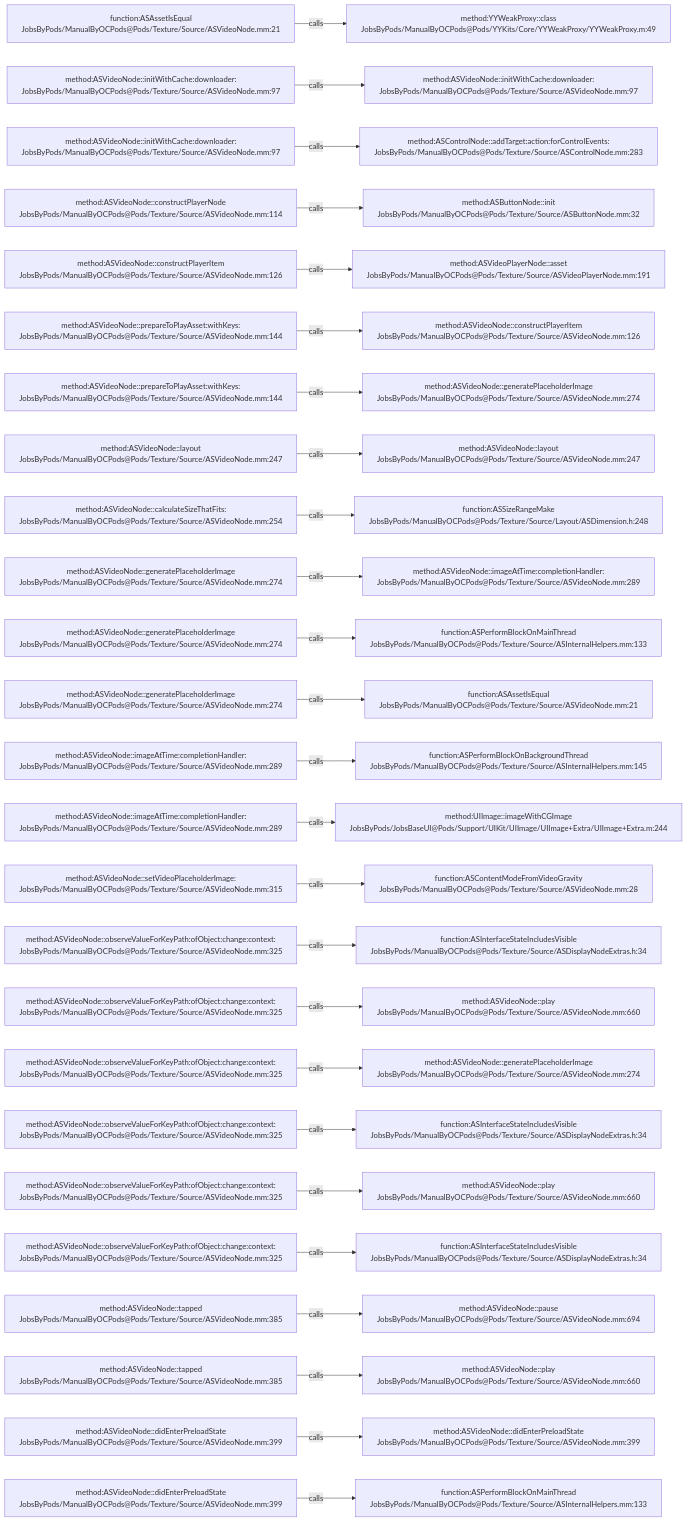
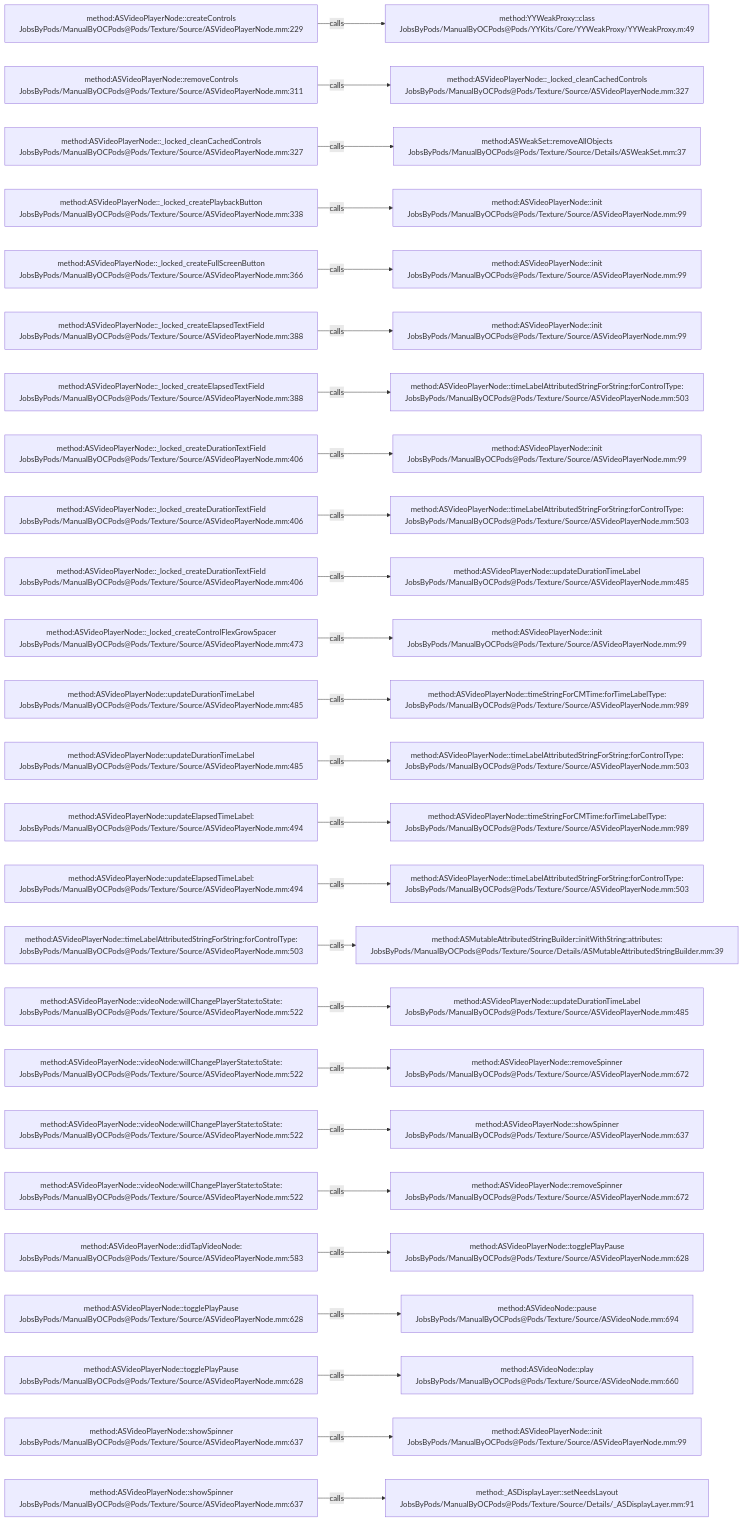
The diagram in .codegraph/codegraph.md/graphs/calls-144.md (JobsKits/JobsOCBaseConfigDemo), drawn with Mermaid before and after one commit. The commit also changed 1353 other files, not shown here.

````diff
--- a/.codegraph/codegraph.md/graphs/calls-144.md
+++ b/.codegraph/codegraph.md/graphs/calls-144.md
@@ -13,78 +13,78 @@
 ```mermaid
 flowchart LR
-  S1["function:ASAssetIsEqual<br/>JobsByPods/ManualByOCPods@Pods/Texture/Source/ASVideoNode.mm:21"]
+  S1["method:ASVideoPlayerNode::createControls<br/>JobsByPods/ManualByOCPods@Pods/Texture/Source/ASVideoPlayerNode.mm:229"]
   T1["method:YYWeakProxy::class<br/>JobsByPods/ManualByOCPods@Pods/YYKits/Core/YYWeakProxy/YYWeakProxy.m:49"]
   S1 -->|calls| T1
-  S2["method:ASVideoNode::initWithCache:downloader:<br/>JobsByPods/ManualByOCPods@Pods/Texture/Source/ASVideoNode.mm:97"]
-  T2["method:ASVideoNode::initWithCache:downloader:<br/>JobsByPods/ManualByOCPods@Pods/Texture/Source/ASVideoNode.mm:97"]
+  S2["method:ASVideoPlayerNode::removeControls<br/>JobsByPods/ManualByOCPods@Pods/Texture/Source/ASVideoPlayerNode.mm:311"]
+  T2["method:ASVideoPlayerNode::_locked_cleanCachedControls<br/>JobsByPods/ManualByOCPods@Pods/Texture/Source/ASVideoPlayerNode.mm:327"]
   S2 -->|calls| T2
-  S3["method:ASVideoNode::initWithCache:downloader:<br/>JobsByPods/ManualByOCPods@Pods/Texture/Source/ASVideoNode.mm:97"]
-  T3["method:ASControlNode::addTarget:action:forControlEvents:<br/>JobsByPods/ManualByOCPods@Pods/Texture/Source/ASControlNode.mm:283"]
+  S3["method:ASVideoPlayerNode::_locked_cleanCachedControls<br/>JobsByPods/ManualByOCPods@Pods/Texture/Source/ASVideoPlayerNode.mm:327"]
+  T3["method:ASWeakSet::removeAllObjects<br/>JobsByPods/ManualByOCPods@Pods/Texture/Source/Details/ASWeakSet.mm:37"]
   S3 -->|calls| T3
-  S4["method:ASVideoNode::constructPlayerNode<br/>JobsByPods/ManualByOCPods@Pods/Texture/Source/ASVideoNode.mm:114"]
-  T4["method:ASButtonNode::init<br/>JobsByPods/ManualByOCPods@Pods/Texture/Source/ASButtonNode.mm:32"]
+  S4["method:ASVideoPlayerNode::_locked_createPlaybackButton<br/>JobsByPods/ManualByOCPods@Pods/Texture/Source/ASVideoPlayerNode.mm:338"]
+  T4["method:ASVideoPlayerNode::init<br/>JobsByPods/ManualByOCPods@Pods/Texture/Source/ASVideoPlayerNode.mm:99"]
   S4 -->|calls| T4
-  S5["method:ASVideoNode::constructPlayerItem<br/>JobsByPods/ManualByOCPods@Pods/Texture/Source/ASVideoNode.mm:126"]
-  T5["method:ASVideoPlayerNode::asset<br/>JobsByPods/ManualByOCPods@Pods/Texture/Source/ASVideoPlayerNode.mm:191"]
+  S5["method:ASVideoPlayerNode::_locked_createFullScreenButton<br/>JobsByPods/ManualByOCPods@Pods/Texture/Source/ASVideoPlayerNode.mm:366"]
+  T5["method:ASVideoPlayerNode::init<br/>JobsByPods/ManualByOCPods@Pods/Texture/Source/ASVideoPlayerNode.mm:99"]
   S5 -->|calls| T5
-  S6["method:ASVideoNode::prepareToPlayAsset:withKeys:<br/>JobsByPods/ManualByOCPods@Pods/Texture/Source/ASVideoNode.mm:144"]
-  T6["method:ASVideoNode::constructPlayerItem<br/>JobsByPods/ManualByOCPods@Pods/Texture/Source/ASVideoNode.mm:126"]
+  S6["method:ASVideoPlayerNode::_locked_createElapsedTextField<br/>JobsByPods/ManualByOCPods@Pods/Texture/Source/ASVideoPlayerNode.mm:388"]
+  T6["method:ASVideoPlayerNode::init<br/>JobsByPods/ManualByOCPods@Pods/Texture/Source/ASVideoPlayerNode.mm:99"]
   S6 -->|calls| T6
-  S7["method:ASVideoNode::prepareToPlayAsset:withKeys:<br/>JobsByPods/ManualByOCPods@Pods/Texture/Source/ASVideoNode.mm:144"]
-  T7["method:ASVideoNode::generatePlaceholderImage<br/>JobsByPods/ManualByOCPods@Pods/Texture/Source/ASVideoNode.mm:274"]
+  S7["method:ASVideoPlayerNode::_locked_createElapsedTextField<br/>JobsByPods/ManualByOCPods@Pods/Texture/Source/ASVideoPlayerNode.mm:388"]
+  T7["method:ASVideoPlayerNode::timeLabelAttributedStringForString:forControlType:<br/>JobsByPods/ManualByOCPods@Pods/Texture/Source/ASVideoPlayerNode.mm:503"]
   S7 -->|calls| T7
-  S8["method:ASVideoNode::layout<br/>JobsByPods/ManualByOCPods@Pods/Texture/Source/ASVideoNode.mm:247"]
-  T8["method:ASVideoNode::layout<br/>JobsByPods/ManualByOCPods@Pods/Texture/Source/ASVideoNode.mm:247"]
+  S8["method:ASVideoPlayerNode::_locked_createDurationTextField<br/>JobsByPods/ManualByOCPods@Pods/Texture/Source/ASVideoPlayerNode.mm:406"]
+  T8["method:ASVideoPlayerNode::init<br/>JobsByPods/ManualByOCPods@Pods/Texture/Source/ASVideoPlayerNode.mm:99"]
   S8 -->|calls| T8
-  S9["method:ASVideoNode::calculateSizeThatFits:<br/>JobsByPods/ManualByOCPods@Pods/Texture/Source/ASVideoNode.mm:254"]
-  T9["function:ASSizeRangeMake<br/>JobsByPods/ManualByOCPods@Pods/Texture/Source/Layout/ASDimension.h:248"]
+  S9["method:ASVideoPlayerNode::_locked_createDurationTextField<br/>JobsByPods/ManualByOCPods@Pods/Texture/Source/ASVideoPlayerNode.mm:406"]
+  T9["method:ASVideoPlayerNode::timeLabelAttributedStringForString:forControlType:<br/>JobsByPods/ManualByOCPods@Pods/Texture/Source/ASVideoPlayerNode.mm:503"]
   S9 -->|calls| T9
-  S10["method:ASVideoNode::generatePlaceholderImage<br/>JobsByPods/ManualByOCPods@Pods/Texture/Source/ASVideoNode.mm:274"]
-  T10["method:ASVideoNode::imageAtTime:completionHandler:<br/>JobsByPods/ManualByOCPods@Pods/Texture/Source/ASVideoNode.mm:289"]
+  S10["method:ASVideoPlayerNode::_locked_createDurationTextField<br/>JobsByPods/ManualByOCPods@Pods/Texture/Source/ASVideoPlayerNode.mm:406"]
+  T10["method:ASVideoPlayerNode::updateDurationTimeLabel<br/>JobsByPods/ManualByOCPods@Pods/Texture/Source/ASVideoPlayerNode.mm:485"]
   S10 -->|calls| T10
-  S11["method:ASVideoNode::generatePlaceholderImage<br/>JobsByPods/ManualByOCPods@Pods/Texture/Source/ASVideoNode.mm:274"]
-  T11["function:ASPerformBlockOnMainThread<br/>JobsByPods/ManualByOCPods@Pods/Texture/Source/ASInternalHelpers.mm:133"]
+  S11["method:ASVideoPlayerNode::_locked_createControlFlexGrowSpacer<br/>JobsByPods/ManualByOCPods@Pods/Texture/Source/ASVideoPlayerNode.mm:473"]
+  T11["method:ASVideoPlayerNode::init<br/>JobsByPods/ManualByOCPods@Pods/Texture/Source/ASVideoPlayerNode.mm:99"]
   S11 -->|calls| T11
-  S12["method:ASVideoNode::generatePlaceholderImage<br/>JobsByPods/ManualByOCPods@Pods/Texture/Source/ASVideoNode.mm:274"]
-  T12["function:ASAssetIsEqual<br/>JobsByPods/ManualByOCPods@Pods/Texture/Source/ASVideoNode.mm:21"]
+  S12["method:ASVideoPlayerNode::updateDurationTimeLabel<br/>JobsByPods/ManualByOCPods@Pods/Texture/Source/ASVideoPlayerNode.mm:485"]
+  T12["method:ASVideoPlayerNode::timeStringForCMTime:forTimeLabelType:<br/>JobsByPods/ManualByOCPods@Pods/Texture/Source/ASVideoPlayerNode.mm:989"]
   S12 -->|calls| T12
-  S13["method:ASVideoNode::imageAtTime:completionHandler:<br/>JobsByPods/ManualByOCPods@Pods/Texture/Source/ASVideoNode.mm:289"]
-  T13["function:ASPerformBlockOnBackgroundThread<br/>JobsByPods/ManualByOCPods@Pods/Texture/Source/ASInternalHelpers.mm:145"]
+  S13["method:ASVideoPlayerNode::updateDurationTimeLabel<br/>JobsByPods/ManualByOCPods@Pods/Texture/Source/ASVideoPlayerNode.mm:485"]
+  T13["method:ASVideoPlayerNode::timeLabelAttributedStringForString:forControlType:<br/>JobsByPods/ManualByOCPods@Pods/Texture/Source/ASVideoPlayerNode.mm:503"]
   S13 -->|calls| T13
-  S14["method:ASVideoNode::imageAtTime:completionHandler:<br/>JobsByPods/ManualByOCPods@Pods/Texture/Source/ASVideoNode.mm:289"]
-  T14["method:UIImage::imageWithCGImage<br/>JobsByPods/JobsBaseUI@Pods/Support/UIKit/UIImage/UIImage+Extra/UIImage+Extra.m:244"]
+  S14["method:ASVideoPlayerNode::updateElapsedTimeLabel:<br/>JobsByPods/ManualByOCPods@Pods/Texture/Source/ASVideoPlayerNode.mm:494"]
+  T14["method:ASVideoPlayerNode::timeStringForCMTime:forTimeLabelType:<br/>JobsByPods/ManualByOCPods@Pods/Texture/Source/ASVideoPlayerNode.mm:989"]
   S14 -->|calls| T14
-  S15["method:ASVideoNode::setVideoPlaceholderImage:<br/>JobsByPods/ManualByOCPods@Pods/Texture/Source/ASVideoNode.mm:315"]
-  T15["function:ASContentModeFromVideoGravity<br/>JobsByPods/ManualByOCPods@Pods/Texture/Source/ASVideoNode.mm:28"]
+  S15["method:ASVideoPlayerNode::updateElapsedTimeLabel:<br/>JobsByPods/ManualByOCPods@Pods/Texture/Source/ASVideoPlayerNode.mm:494"]
+  T15["method:ASVideoPlayerNode::timeLabelAttributedStringForString:forControlType:<br/>JobsByPods/ManualByOCPods@Pods/Texture/Source/ASVideoPlayerNode.mm:503"]
   S15 -->|calls| T15
-  S16["method:ASVideoNode::observeValueForKeyPath:ofObject:change:context:<br/>JobsByPods/ManualByOCPods@Pods/Texture/Source/ASVideoNode.mm:325"]
-  T16["function:ASInterfaceStateIncludesVisible<br/>JobsByPods/ManualByOCPods@Pods/Texture/Source/ASDisplayNodeExtras.h:34"]
+  S16["method:ASVideoPlayerNode::timeLabelAttributedStringForString:forControlType:<br/>JobsByPods/ManualByOCPods@Pods/Texture/Source/ASVideoPlayerNode.mm:503"]
+  T16["method:ASMutableAttributedStringBuilder::initWithString:attributes:<br/>JobsByPods/ManualByOCPods@Pods/Texture/Source/Details/ASMutableAttributedStringBuilder.mm:39"]
   S16 -->|calls| T16
-  S17["method:ASVideoNode::observeValueForKeyPath:ofObject:change:context:<br/>JobsByPods/ManualByOCPods@Pods/Texture/Source/ASVideoNode.mm:325"]
-  T17["method:ASVideoNode::play<br/>JobsByPods/ManualByOCPods@Pods/Texture/Source/ASVideoNode.mm:660"]
+  S17["method:ASVideoPlayerNode::videoNode:willChangePlayerState:toState:<br/>JobsByPods/ManualByOCPods@Pods/Texture/Source/ASVideoPlayerNode.mm:522"]
+  T17["method:ASVideoPlayerNode::updateDurationTimeLabel<br/>JobsByPods/ManualByOCPods@Pods/Texture/Source/ASVideoPlayerNode.mm:485"]
   S17 -->|calls| T17
-  S18["method:ASVideoNode::observeValueForKeyPath:ofObject:change:context:<br/>JobsByPods/ManualByOCPods@Pods/Texture/Source/ASVideoNode.mm:325"]
-  T18["method:ASVideoNode::generatePlaceholderImage<br/>JobsByPods/ManualByOCPods@Pods/Texture/Source/ASVideoNode.mm:274"]
+  S18["method:ASVideoPlayerNode::videoNode:willChangePlayerState:toState:<br/>JobsByPods/ManualByOCPods@Pods/Texture/Source/ASVideoPlayerNode.mm:522"]
+  T18["method:ASVideoPlayerNode::removeSpinner<br/>JobsByPods/ManualByOCPods@Pods/Texture/Source/ASVideoPlayerNode.mm:672"]
   S18 -->|calls| T18
-  S19["method:ASVideoNode::observeValueForKeyPath:ofObject:change:context:<br/>JobsByPods/ManualByOCPods@Pods/Texture/Source/ASVideoNode.mm:325"]
-  T19["function:ASInterfaceStateIncludesVisible<br/>JobsByPods/ManualByOCPods@Pods/Texture/Source/ASDisplayNodeExtras.h:34"]
+  S19["method:ASVideoPlayerNode::videoNode:willChangePlayerState:toState:<br/>JobsByPods/ManualByOCPods@Pods/Texture/Source/ASVideoPlayerNode.mm:522"]
+  T19["method:ASVideoPlayerNode::showSpinner<br/>JobsByPods/ManualByOCPods@Pods/Texture/Source/ASVideoPlayerNode.mm:637"]
   S19 -->|calls| T19
-  S20["method:ASVideoNode::observeValueForKeyPath:ofObject:change:context:<br/>JobsByPods/ManualByOCPods@Pods/Texture/Source/ASVideoNode.mm:325"]
-  T20["method:ASVideoNode::play<br/>JobsByPods/ManualByOCPods@Pods/Texture/Source/ASVideoNode.mm:660"]
+  S20["method:ASVideoPlayerNode::videoNode:willChangePlayerState:toState:<br/>JobsByPods/ManualByOCPods@Pods/Texture/Source/ASVideoPlayerNode.mm:522"]
+  T20["method:ASVideoPlayerNode::removeSpinner<br/>JobsByPods/ManualByOCPods@Pods/Texture/Source/ASVideoPlayerNode.mm:672"]
   S20 -->|calls| T20
-  S21["method:ASVideoNode::observeValueForKeyPath:ofObject:change:context:<br/>JobsByPods/ManualByOCPods@Pods/Texture/Source/ASVideoNode.mm:325"]
-  T21["function:ASInterfaceStateIncludesVisible<br/>JobsByPods/ManualByOCPods@Pods/Texture/Source/ASDisplayNodeExtras.h:34"]
+  S21["method:ASVideoPlayerNode::didTapVideoNode:<br/>JobsByPods/ManualByOCPods@Pods/Texture/Source/ASVideoPlayerNode.mm:583"]
+  T21["method:ASVideoPlayerNode::togglePlayPause<br/>JobsByPods/ManualByOCPods@Pods/Texture/Source/ASVideoPlayerNode.mm:628"]
   S21 -->|calls| T21
-  S22["method:ASVideoNode::tapped<br/>JobsByPods/ManualByOCPods@Pods/Texture/Source/ASVideoNode.mm:385"]
+  S22["method:ASVideoPlayerNode::togglePlayPause<br/>JobsByPods/ManualByOCPods@Pods/Texture/Source/ASVideoPlayerNode.mm:628"]
   T22["method:ASVideoNode::pause<br/>JobsByPods/ManualByOCPods@Pods/Texture/Source/ASVideoNode.mm:694"]
   S22 -->|calls| T22
-  S23["method:ASVideoNode::tapped<br/>JobsByPods/ManualByOCPods@Pods/Texture/Source/ASVideoNode.mm:385"]
+  S23["method:ASVideoPlayerNode::togglePlayPause<br/>JobsByPods/ManualByOCPods@Pods/Texture/Source/ASVideoPlayerNode.mm:628"]
   T23["method:ASVideoNode::play<br/>JobsByPods/ManualByOCPods@Pods/Texture/Source/ASVideoNode.mm:660"]
   S23 -->|calls| T23
-  S24["method:ASVideoNode::didEnterPreloadState<br/>JobsByPods/ManualByOCPods@Pods/Texture/Source/ASVideoNode.mm:399"]
-  T24["method:ASVideoNode::didEnterPreloadState<br/>JobsByPods/ManualByOCPods@Pods/Texture/Source/ASVideoNode.mm:399"]
+  S24["method:ASVideoPlayerNode::showSpinner<br/>JobsByPods/ManualByOCPods@Pods/Texture/Source/ASVideoPlayerNode.mm:637"]
+  T24["method:ASVideoPlayerNode::init<br/>JobsByPods/ManualByOCPods@Pods/Texture/Source/ASVideoPlayerNode.mm:99"]
   S24 -->|calls| T24
-  S25["method:ASVideoNode::didEnterPreloadState<br/>JobsByPods/ManualByOCPods@Pods/Texture/Source/ASVideoNode.mm:399"]
-  T25["function:ASPerformBlockOnMainThread<br/>JobsByPods/ManualByOCPods@Pods/Texture/Source/ASInternalHelpers.mm:133"]
+  S25["method:ASVideoPlayerNode::showSpinner<br/>JobsByPods/ManualByOCPods@Pods/Texture/Source/ASVideoPlayerNode.mm:637"]
+  T25["method:_ASDisplayLayer::setNeedsLayout<br/>JobsByPods/ManualByOCPods@Pods/Texture/Source/Details/_ASDisplayLayer.mm:91"]
   S25 -->|calls| T25
 ```
````
